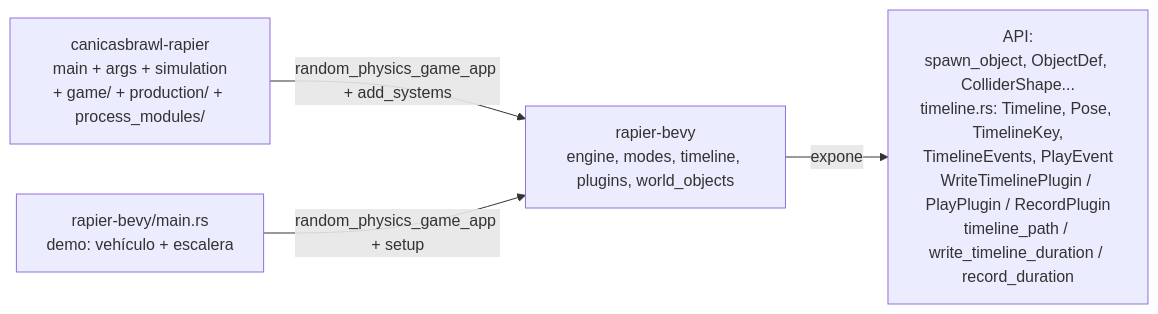
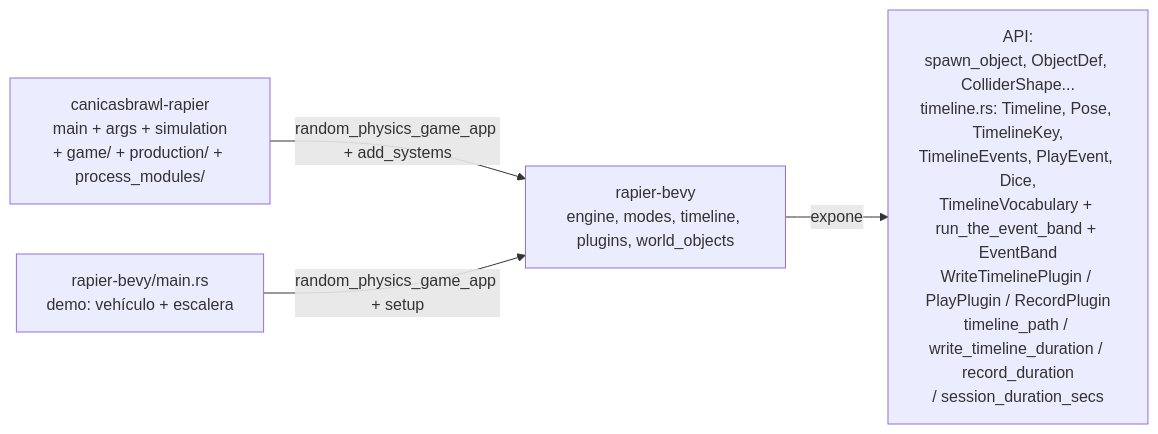
Before and after one commit to jesusgomeznuz/canicasbrawl-rapier: the second of 5 diagrams in docs/flow.md, drawn with Mermaid. The commit also changed other lines of this file and 1 other file, not shown here.

````diff
--- a/docs/flow.md
+++ b/docs/flow.md
@@ -36,6 +33,6 @@
 ```mermaid
 flowchart LR
     Game["canicasbrawl-rapier<br/>main + args + simulation<br/>+ game/ + production/ + process_modules/"] -->|random_physics_game_app + add_systems| Engine
-    Engine["rapier-bevy<br/>engine, modes, timeline, plugins, world_objects"] -->|expone| API["API:<br/>spawn_object, ObjectDef, ColliderShape...<br/>timeline.rs: Timeline, Pose, TimelineKey,<br/>TimelineEvents, PlayEvent<br/>WriteTimelinePlugin / PlayPlugin / RecordPlugin<br/>timeline_path / write_timeline_duration / record_duration"]
+    Engine["rapier-bevy<br/>engine, modes, timeline, plugins, world_objects"] -->|expone| API["API:<br/>spawn_object, ObjectDef, ColliderShape...<br/>timeline.rs: Timeline, Pose, TimelineKey,<br/>TimelineEvents, PlayEvent, Dice,<br/>TimelineVocabulary + run_the_event_band + EventBand<br/>WriteTimelinePlugin / PlayPlugin / RecordPlugin<br/>timeline_path / write_timeline_duration / record_duration<br/>/ session_duration_secs"]
     Demo["rapier-bevy/main.rs<br/>demo: vehículo + escalera"] -->|random_physics_game_app + setup| Engine
 ```
````
